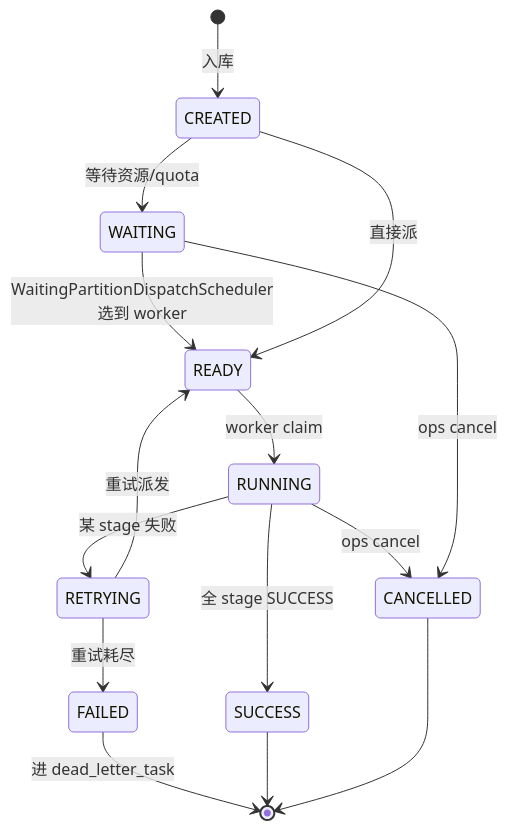
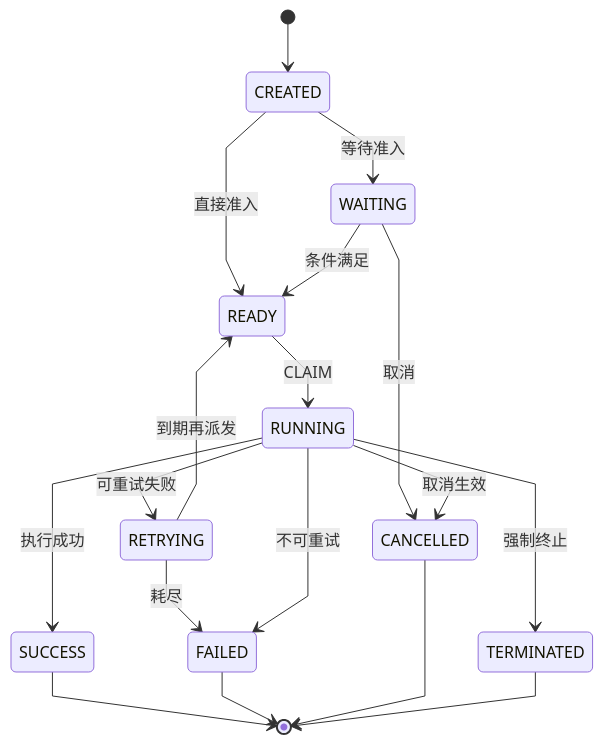
One commit to pinpols/file-batch-system changed diagram 20 of 24 in docs/architecture/system-flow-overview.md. Above: the diagram before and after it, drawn with Mermaid. The commit also changed other lines of this file and 2792 other files, not shown here.

````diff
--- a/docs/architecture/system-flow-overview.md
+++ b/docs/architecture/system-flow-overview.md
@@ -834,17 +559,21 @@
 ```mermaid
+%%{init: {"flowchart":{"curve":"linear","nodeSpacing":32,"rankSpacing":48},"sequence":{"mirrorActors":false}}}%%
 stateDiagram-v2
-  [*] --> CREATED: 入库
-  CREATED --> WAITING: 等待资源/quota
-  WAITING --> READY: WaitingPartitionDispatchScheduler<br/>选到 worker
-  CREATED --> READY: 直接派
-  READY --> RUNNING: worker claim
-  RUNNING --> SUCCESS: 全 stage SUCCESS
-  RUNNING --> RETRYING: 某 stage 失败
-  RETRYING --> READY: 重试派发
-  RETRYING --> FAILED: 重试耗尽
-  FAILED --> [*]: 进 dead_letter_task
-  RUNNING --> CANCELLED: ops cancel
-  WAITING --> CANCELLED: ops cancel
+  [*] --> CREATED
+  CREATED --> WAITING: 等待准入
+  CREATED --> READY: 直接准入
+  WAITING --> READY: 条件满足
+  READY --> RUNNING: CLAIM
+  RUNNING --> SUCCESS: 执行成功
+  RUNNING --> RETRYING: 可重试失败
+  RETRYING --> READY: 到期再派发
+  RETRYING --> FAILED: 耗尽
+  RUNNING --> FAILED: 不可重试
+  WAITING --> CANCELLED: 取消
+  RUNNING --> CANCELLED: 取消生效
+  RUNNING --> TERMINATED: 强制终止
   SUCCESS --> [*]
+  FAILED --> [*]
   CANCELLED --> [*]
+  TERMINATED --> [*]
 ```
````
